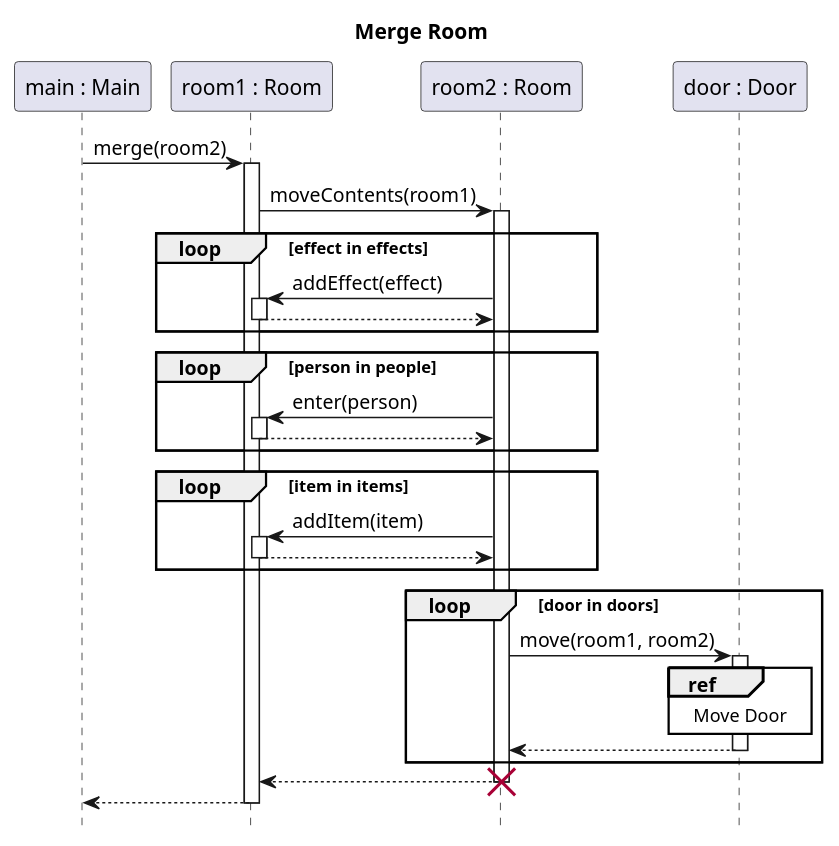
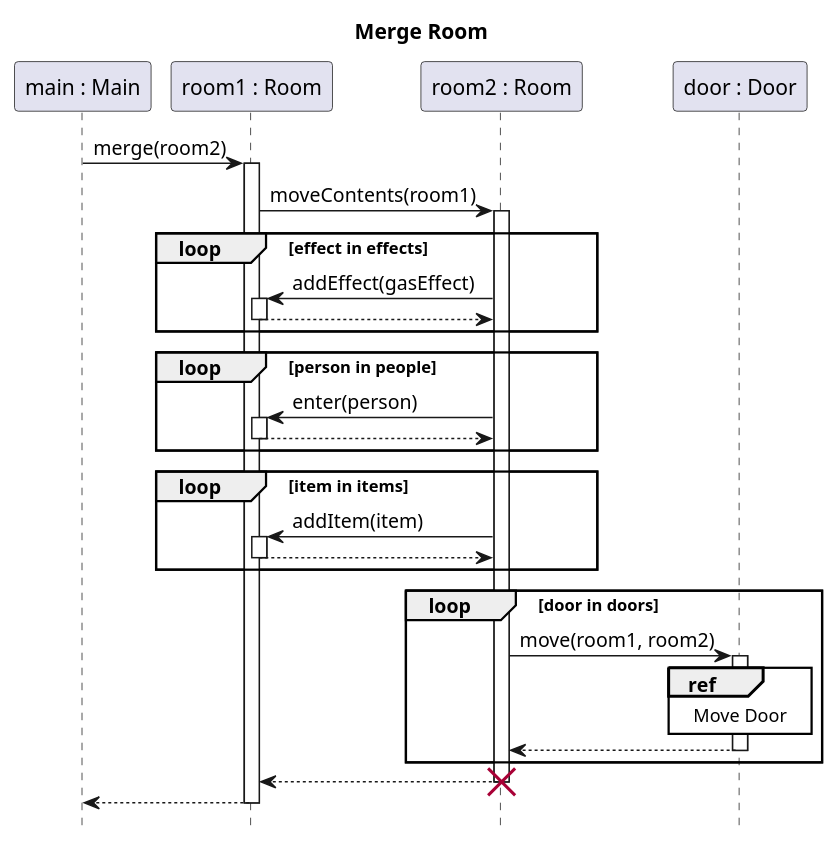
The diagram in docs/diagrams/test-sequence/room_merge_with_effect.puml (sn4k3ch4rm3r/logarlec), drawn with PlantUML before and after one commit. The commit also changed 6 other files, not shown here.

Commit message:
Add new sequence diagrams

```diff
--- a/docs/diagrams/test-sequence/room_merge_with_effect.puml
+++ b/docs/diagrams/test-sequence/room_merge_with_effect.puml
@@ -1,33 +1,33 @@
 @startuml room-merge
 title Merge Room
 hide footbox
 skinparam SequenceReferenceBackgroundColor white
 
 participant "main : Main" as main
 participant "room1 : Room" as r1
 participant "room2 : Room" as r2
 participant "door : Door" as door
 
 main -> r1 ++: merge(room2)
     r1 -> r2 ++: moveContents(room1)
     loop effect in effects
-        r2 -> r1 ++: addEffect(effect)
+        r2 -> r1 ++: addEffect(gasEffect)
         return
     end
     loop person in people
         r2 -> r1 ++: enter(person)
         return
     end
     loop item in items
         r2 -> r1 ++: addItem(item)
         return
     end
     loop door in doors
         r2 -> door ++: move(room1, room2)
             ref over door: Move Door
         return
     end
     return
 destroy r2
 return
 @enduml
```
